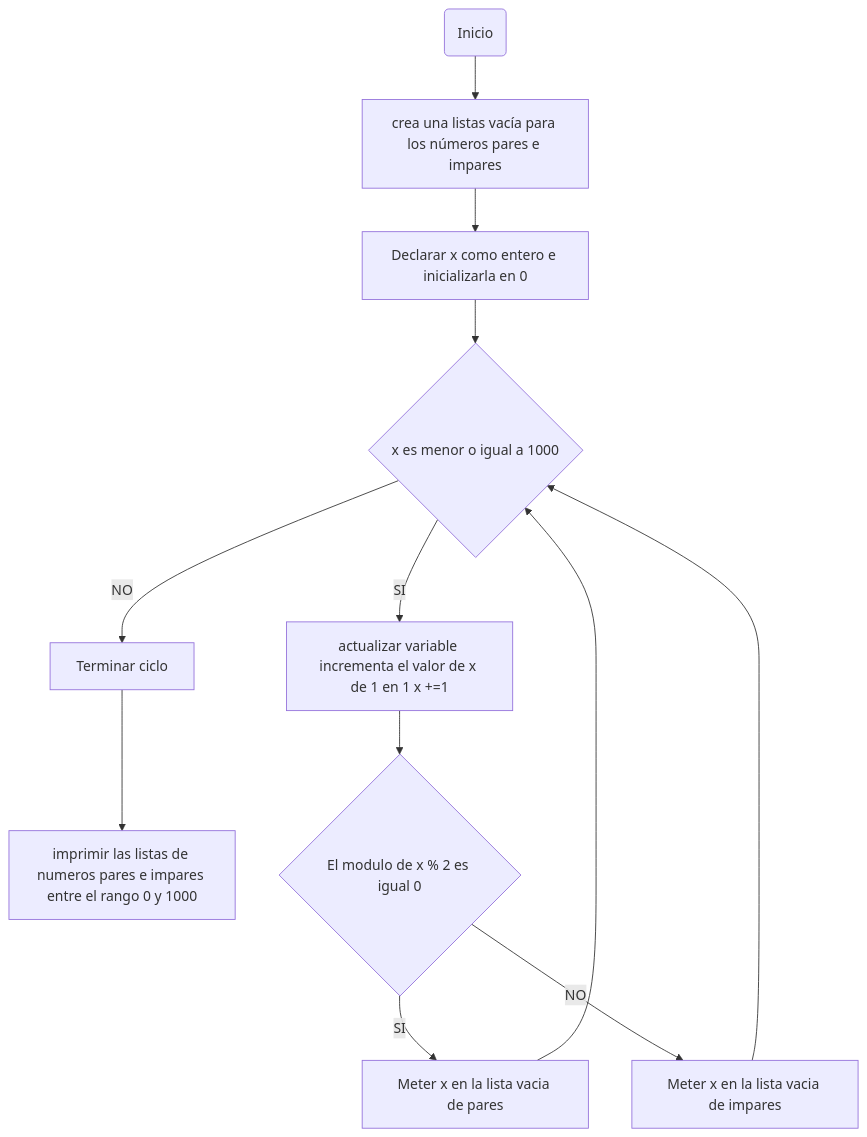
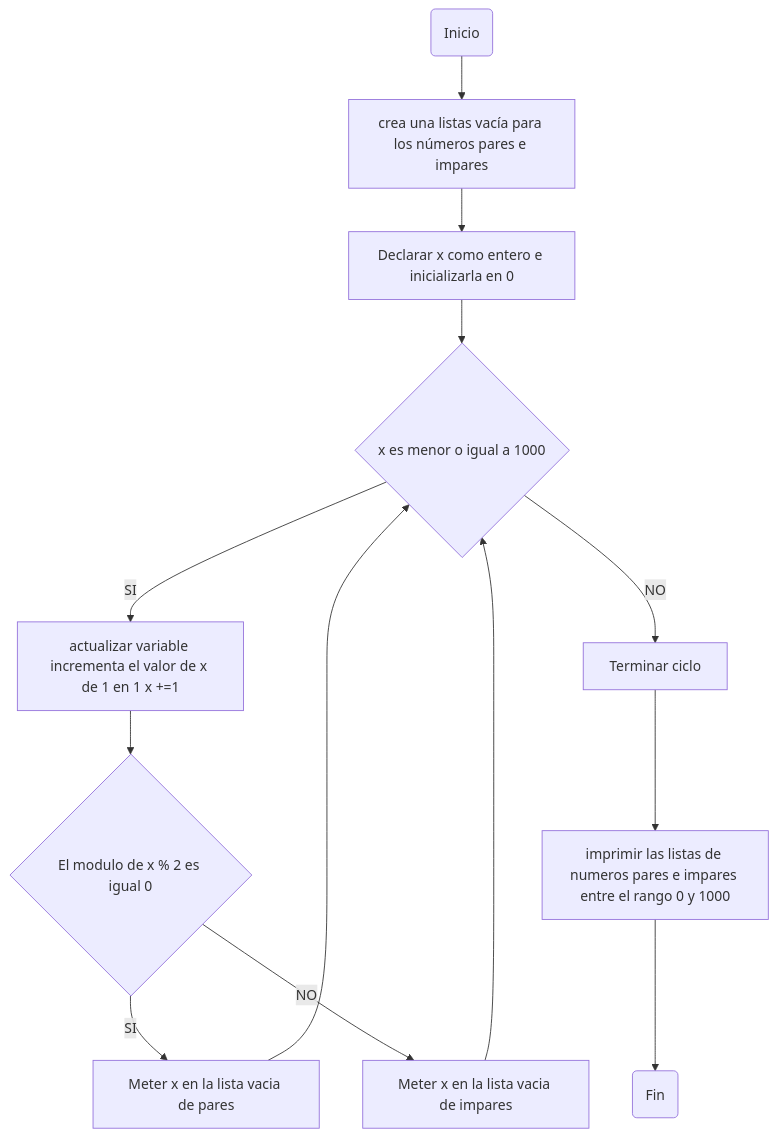
Before and after one commit to Marifer206/BUCLES-1: the second of 3 diagrams in README.md, drawn with Mermaid. The commit also changed other lines of this file, not shown here.

````diff
--- a/README.md
+++ b/README.md
@@ -139,14 +139,14 @@
 ```mermaid
 graph TD;
  A(Inicio) --> B[crea una listas vacía para los números pares e impares]
     B --> D[Declarar x como entero e inicializarla en 0]
     D --> E{x es menor o igual a 1000} 
     E --> |SI| F[actualizar variable incrementa el valor de x de 1 en 1 x +=1]
     E --> |NO| H[Terminar ciclo]
-    H --> I[imprimir las listas de numeros pares e impares entre el rango 0 y 1000]
+    H --> I[imprimir las listas de numeros pares e impares entre el rango 0 y 1000] --> Z(Fin) 
     F --> G{El modulo de x % 2 es igual 0}
     G --> |SI| J[Meter x en la lista vacia de pares]
     G --> |NO| K[Meter x en la lista vacia de impares]
     J --> E
     K --> E
 ```
````
